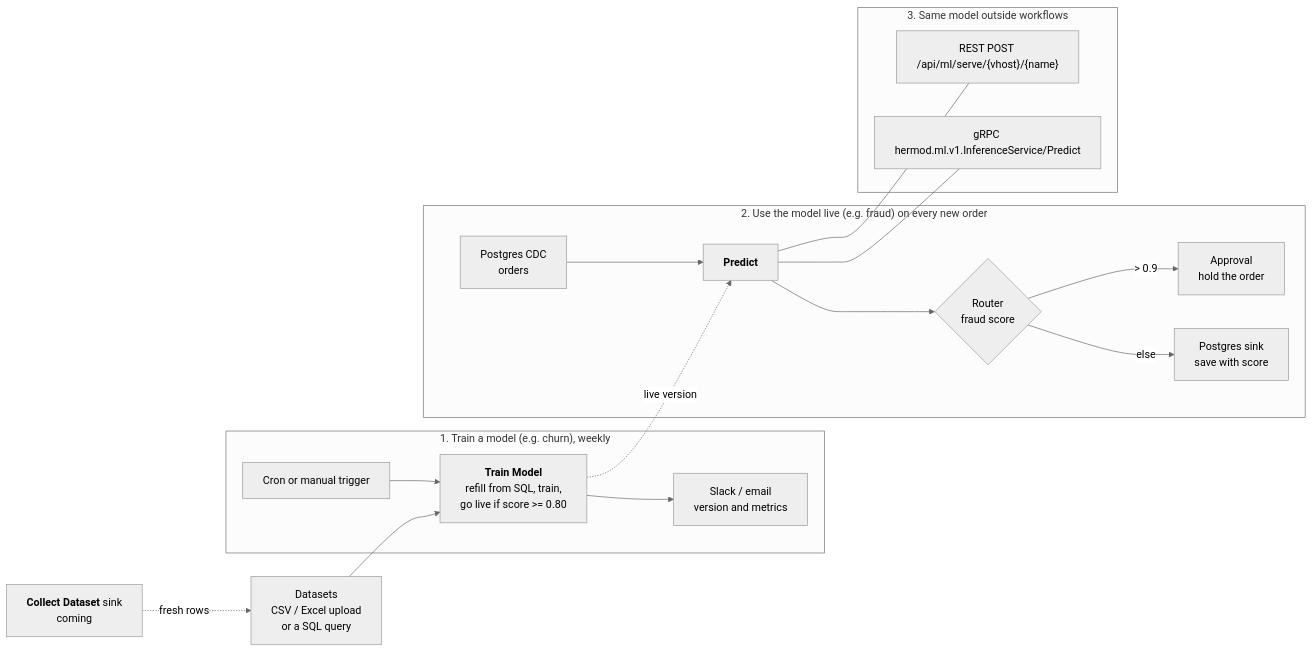
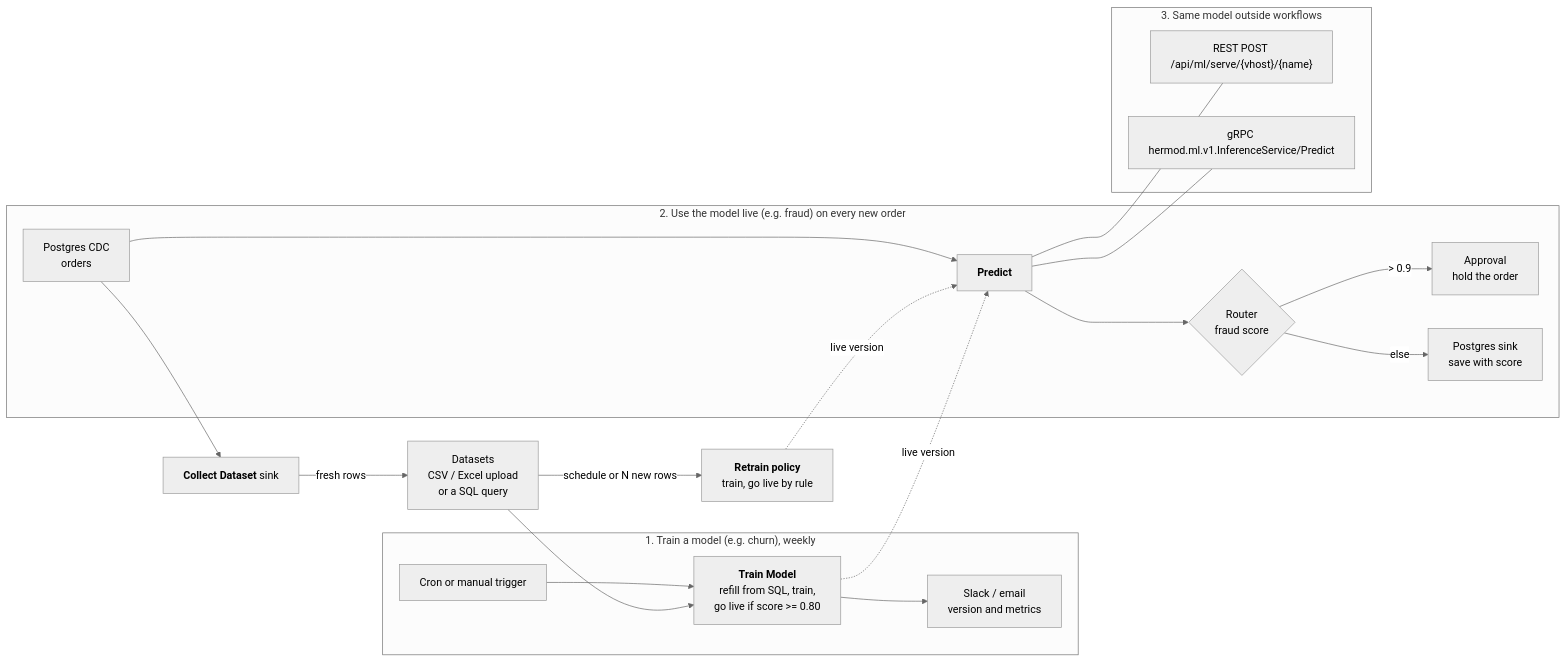
Before and after one commit to gsoultan/hermod: the diagram in docs/ml.md, drawn with Mermaid (neutral theme). The commit also changed other lines of this file and 42 other files, not shown here.

First line of the commit message:
ml: Collect Dataset sink and automatic retraining

````diff
--- a/docs/ml.md
+++ b/docs/ml.md
@@ -13,20 +13,22 @@
 ```mermaid
 flowchart LR
   subgraph A["1. Train a model (e.g. churn), weekly"]
     A1["Cron or manual trigger"] --> A3["<b>Train Model</b><br/>refill from SQL, train,<br/>go live if score >= 0.80"] --> A5["Slack / email<br/>version and metrics"]
   end
   subgraph B["2. Use the model live (e.g. fraud) on every new order"]
     B1["Postgres CDC<br/>orders"] --> B2["<b>Predict</b>"] --> B3{"Router<br/>fraud score"}
     B3 -- "> 0.9" --> B4["Approval<br/>hold the order"]
     B3 -- "else" --> B5["Postgres sink<br/>save with score"]
   end
   subgraph C["3. Same model outside workflows"]
     C1["REST POST /api/ml/serve/{vhost}/{name}"]
     C2["gRPC hermod.ml.v1.InferenceService/Predict"]
   end
   D["Datasets<br/>CSV / Excel upload<br/>or a SQL query"] --> A3
-  B6["<b>Collect Dataset</b> sink<br/>coming"] -. "fresh rows" .-> D
+  B1 --> B6["<b>Collect Dataset</b> sink"] -- "fresh rows" --> D
+  D -- "schedule or N new rows" --> R["<b>Retrain policy</b><br/>train, go live by rule"]
+  R -. "live version" .-> B2
   A3 -. "live version" .-> B2
   B2 --- C1
   B2 --- C2
 ```
````
